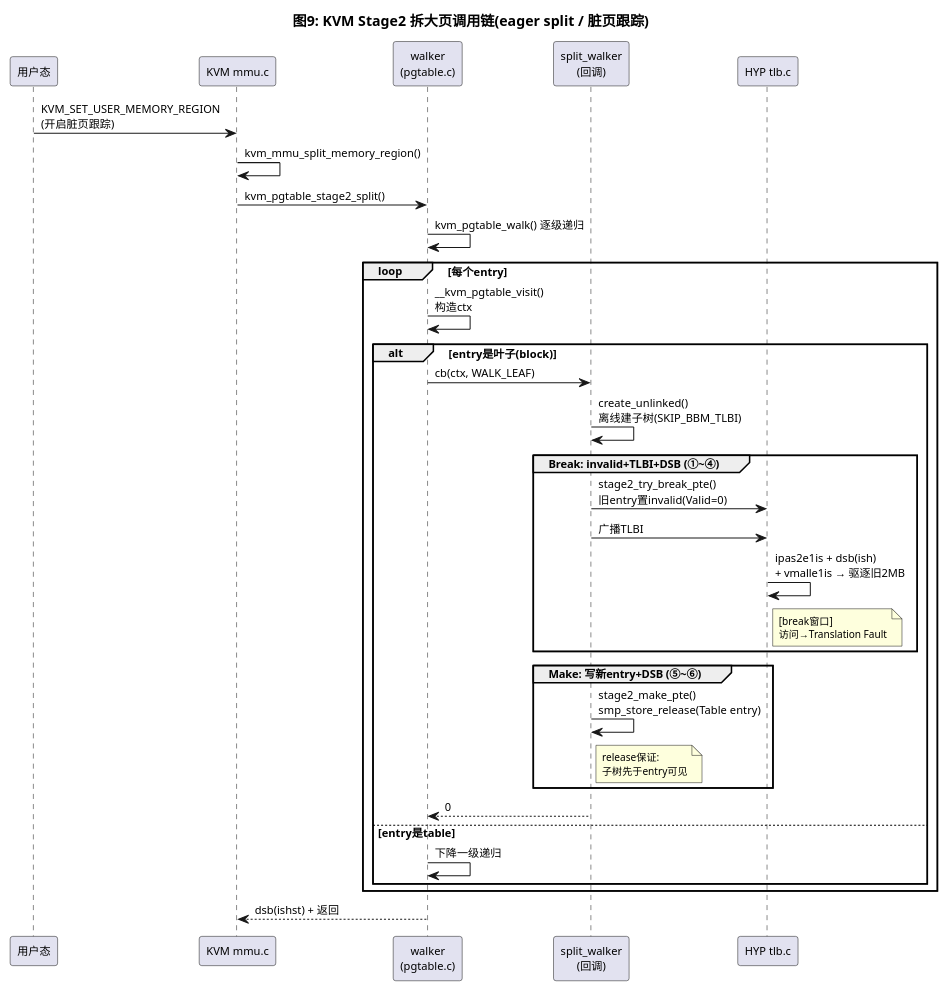
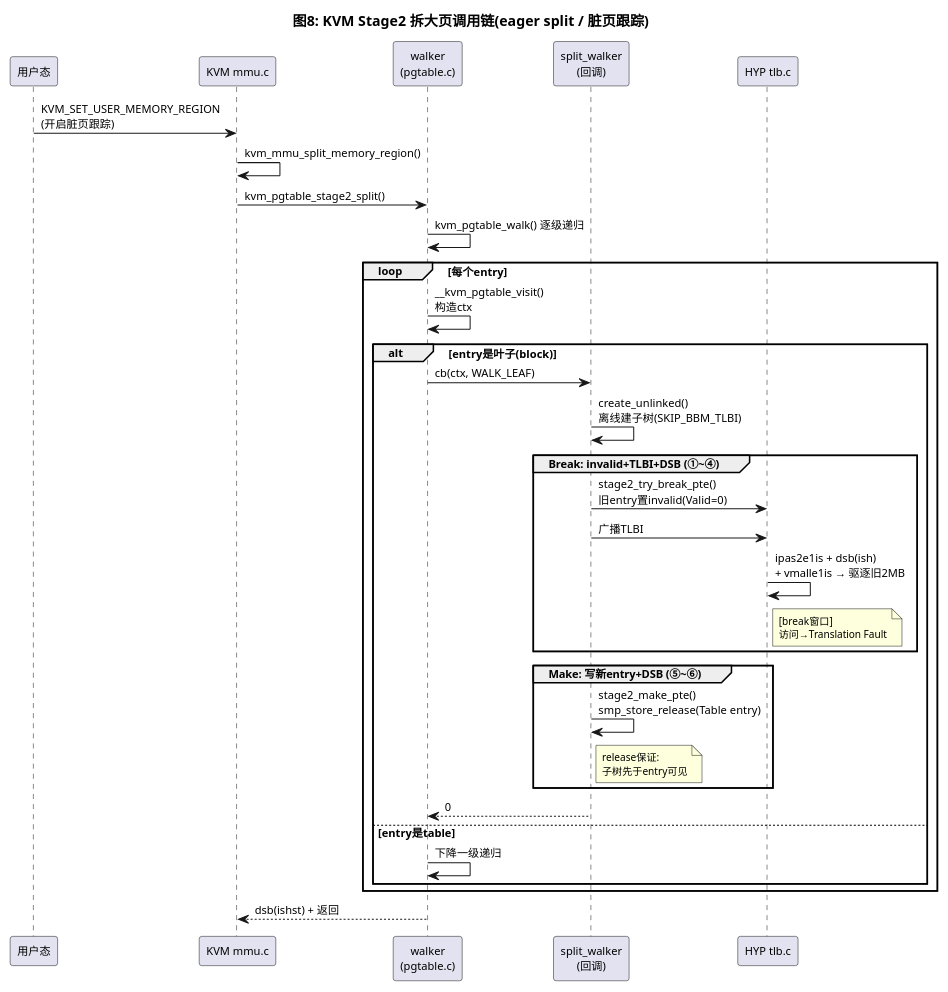
The ninth of 12 diagrams in source/_posts/ARM64-BBML源码分析-BBML0-BBML3.md (AkiraZheng/AkiraZheng.github.io), drawn with PlantUML before and after one commit. The commit also changed other lines of this file and 10 other files, not shown here.

````diff
--- a/source/_posts/ARM64-BBML源码分析-BBML0-BBML3.md
+++ b/source/_posts/ARM64-BBML源码分析-BBML0-BBML3.md
@@ -1057,44 +1109,44 @@
 ```plantuml
 @startuml
 skinparam backgroundColor white
 skinparam defaultFontSize 11
 skinparam noteFontSize 10
 skinparam ParticipantPadding 10
-title 图9: KVM Stage2 拆大页调用链(eager split / 脏页跟踪)
+title 图8: KVM Stage2 拆大页调用链(eager split / 脏页跟踪)
 
 participant "用户态" as QEMU
 participant "KVM mmu.c" as KVM
 participant "walker\n(pgtable.c)" as WK
 participant "split_walker\n(回调)" as CB
 participant "HYP tlb.c" as HYP
 
 QEMU -> KVM : KVM_SET_USER_MEMORY_REGION\n(开启脏页跟踪)
 KVM -> KVM : kvm_mmu_split_memory_region()
 KVM -> WK : kvm_pgtable_stage2_split()
 WK -> WK : kvm_pgtable_walk() 逐级递归
 loop 每个entry
   WK -> WK : __kvm_pgtable_visit()\n构造ctx
   alt entry是叶子(block)
     WK -> CB : cb(ctx, WALK_LEAF)
     CB -> CB : create_unlinked()\n离线建子树(SKIP_BBM_TLBI)
 
     group Break: invalid+TLBI+DSB (①~④)
       CB -> HYP : stage2_try_break_pte()\n旧entry置invalid(Valid=0)
       CB -> HYP : 广播TLBI
       HYP -> HYP : ipas2e1is + dsb(ish)\n+ vmalle1is → 驱逐旧2MB
       note right of HYP : [break窗口]\n访问→Translation Fault
     end group
 
     group Make: 写新entry+DSB (⑤~⑥)
       CB -> CB : stage2_make_pte()\nsmp_store_release(Table entry)
       note right of CB : release保证:\n子树先于entry可见
     end group
 
     CB --> WK : 0
   else entry是table
     WK -> WK : 下降一级递归
   end
 end
 WK --> KVM : dsb(ishst) + 返回
 @enduml
 ```
````
